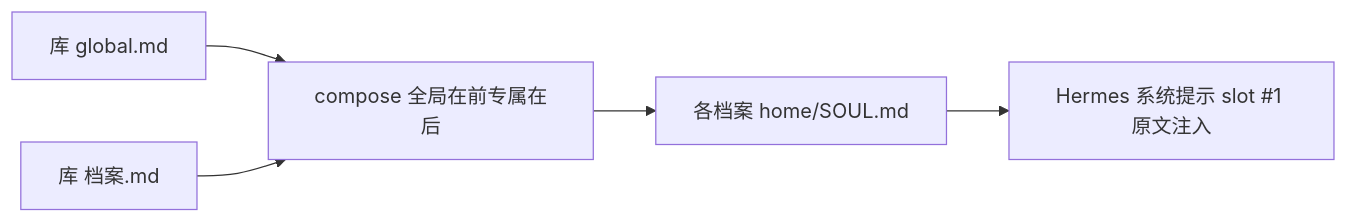
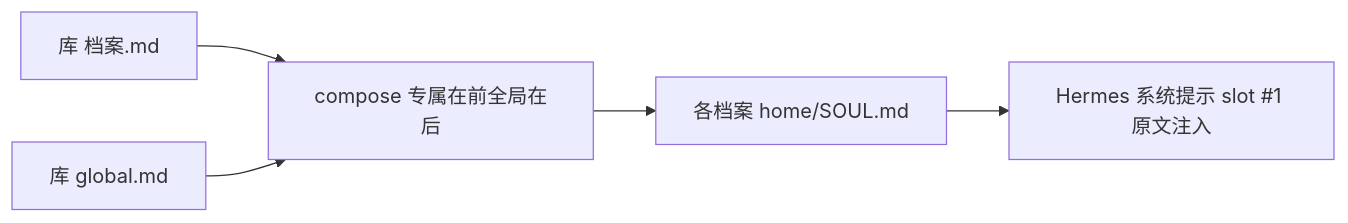
One commit to YYFF925/SkillManager changed the first of 2 diagrams in docs/technical-reference/hermes-identity-architecture.md. Above: the diagram before and after it, drawn with Mermaid. The commit also changed other lines of this file and 36 other files, not shown here.

````diff
--- a/docs/technical-reference/hermes-identity-architecture.md
+++ b/docs/technical-reference/hermes-identity-architecture.md
@@ -30,7 +30,7 @@
 ```mermaid
 flowchart LR
-  G["库 global.md"] --> C["compose 全局在前专属在后"]
-  P["库 档案.md"] --> C
+  P["库 档案.md"] --> C["compose 专属在前全局在后"]
+  G["库 global.md"] --> C
   C --> S["各档案 home/SOUL.md"]
   S --> H["Hermes 系统提示 slot #1 原文注入"]
 ```
````
